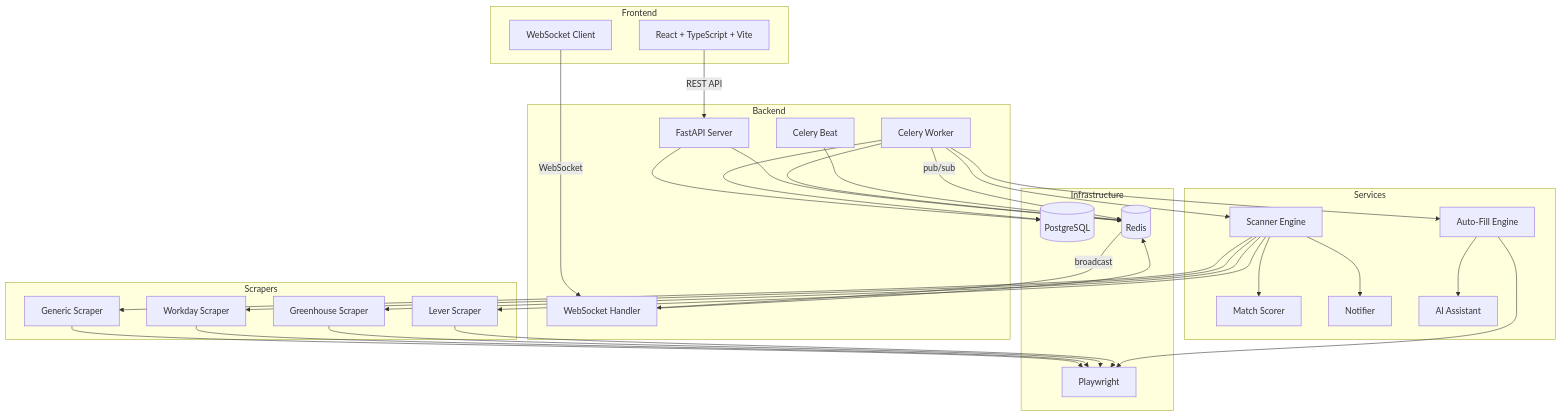
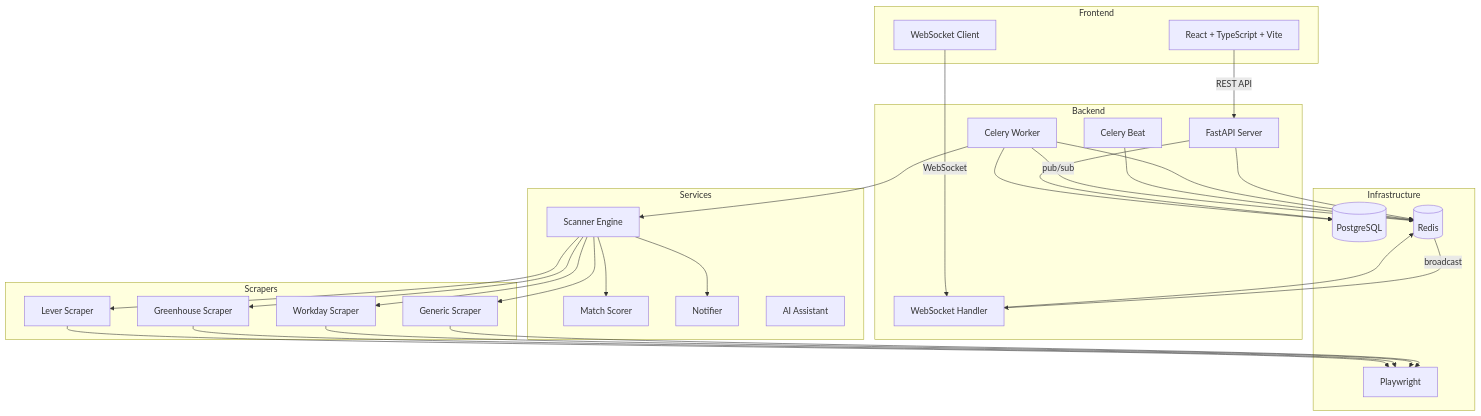
One commit to TRA3H/hunter changed the diagram in README.md. Above: the diagram before and after it, drawn with Mermaid. The commit also changed other lines of this file and 36 other files, not shown here.

````diff
--- a/README.md
+++ b/README.md
@@ -9,53 +9,49 @@
 ```mermaid
 graph TB
     subgraph Frontend
         UI[React + TypeScript + Vite]
         WS_CLIENT[WebSocket Client]
     end
 
     subgraph Backend
         API[FastAPI Server]
         WS_SERVER[WebSocket Handler]
         CELERY_W[Celery Worker]
         CELERY_B[Celery Beat]
     end
 
     subgraph Scrapers
         GENERIC[Generic Scraper]
         WORKDAY[Workday Scraper]
         GREENHOUSE[Greenhouse Scraper]
         LEVER[Lever Scraper]
     end
 
     subgraph Services
         SCANNER[Scanner Engine]
         MATCHER[Match Scorer]
-        AUTOFILL[Auto-Fill Engine]
         NOTIFIER[Notifier]
         AI[AI Assistant]
     end
 
     subgraph Infrastructure
         PG[(PostgreSQL)]
         REDIS[(Redis)]
         PW[Playwright]
     end
 
     UI -->|REST API| API
     WS_CLIENT -->|WebSocket| WS_SERVER
     API --> PG
     API --> REDIS
     CELERY_W --> PG
     CELERY_W --> REDIS
     CELERY_B --> REDIS
     CELERY_W --> SCANNER
-    CELERY_W --> AUTOFILL
     SCANNER --> GENERIC & WORKDAY & GREENHOUSE & LEVER
     GENERIC & WORKDAY & GREENHOUSE & LEVER --> PW
-    AUTOFILL --> PW
     SCANNER --> MATCHER
     SCANNER --> NOTIFIER
-    AUTOFILL --> AI
     WS_SERVER --> REDIS
     CELERY_W -->|pub/sub| REDIS -->|broadcast| WS_SERVER
 ```
````
